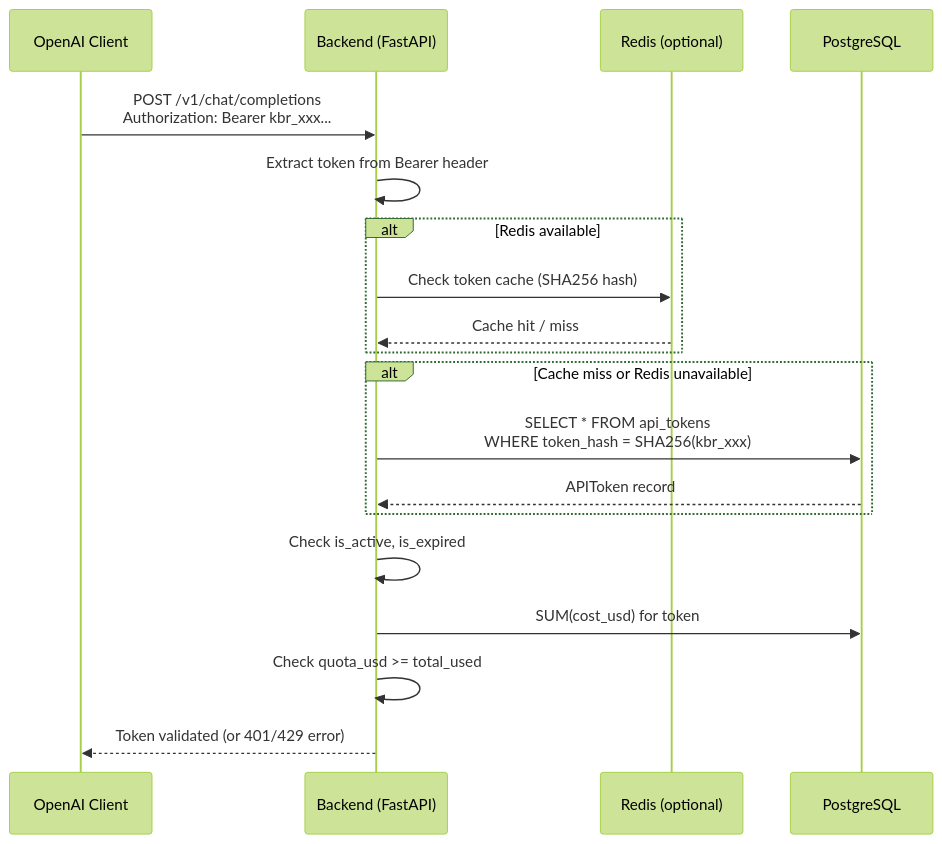
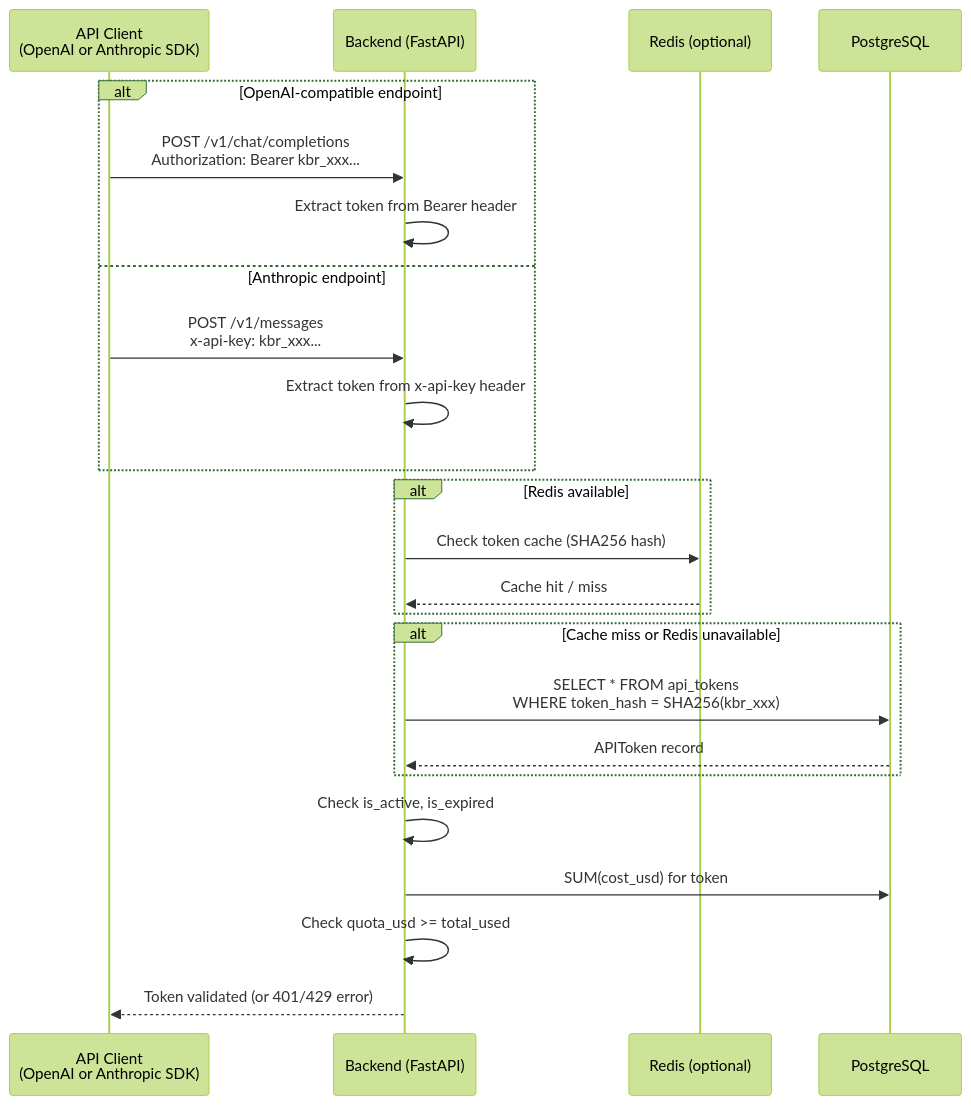
The seventh of 10 diagrams in docs/architecture.md (aws-samples/sample-kolya-br-proxy), drawn with Mermaid (forest theme) before and after one commit. The commit also changed other lines of this file and 40 other files, not shown here.

Commit message:
feat: anthropic compatible

````diff
--- a/docs/architecture.md
+++ b/docs/architecture.md
@@ -544,25 +562,30 @@
 ```mermaid
 sequenceDiagram
-    participant Client as OpenAI Client
+    participant Client as API Client<br/>(OpenAI or Anthropic SDK)
     participant BE as Backend (FastAPI)
     participant Redis as Redis (optional)
     participant DB as PostgreSQL
 
-    Client->>BE: POST /v1/chat/completions<br/>Authorization: Bearer kbr_xxx...
-    BE->>BE: Extract token from Bearer header
+    alt OpenAI-compatible endpoint
+        Client->>BE: POST /v1/chat/completions<br/>Authorization: Bearer kbr_xxx...
+        BE->>BE: Extract token from Bearer header
+    else Anthropic endpoint
+        Client->>BE: POST /v1/messages<br/>x-api-key: kbr_xxx...
+        BE->>BE: Extract token from x-api-key header
+    end
 
     alt Redis available
         BE->>Redis: Check token cache (SHA256 hash)
         Redis-->>BE: Cache hit / miss
     end
 
     alt Cache miss or Redis unavailable
         BE->>DB: SELECT * FROM api_tokens<br/>WHERE token_hash = SHA256(kbr_xxx)
         DB-->>BE: APIToken record
     end
 
     BE->>BE: Check is_active, is_expired
     BE->>DB: SUM(cost_usd) for token
     BE->>BE: Check quota_usd >= total_used
     BE-->>Client: Token validated (or 401/429 error)
 ```
````
